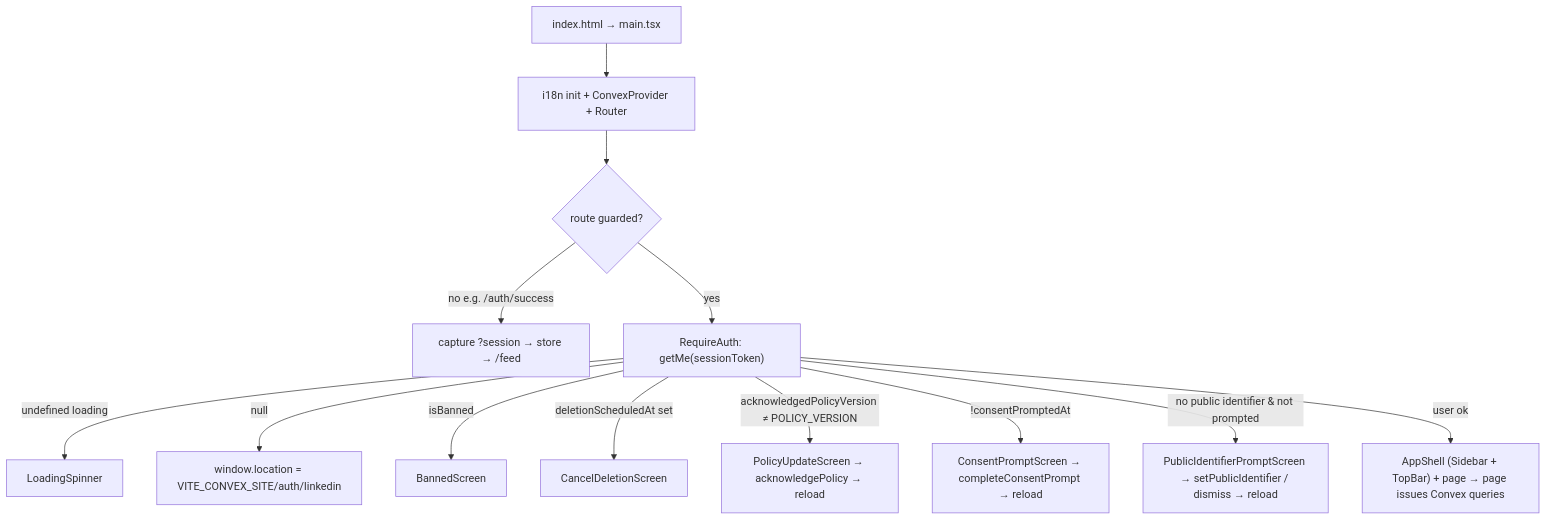
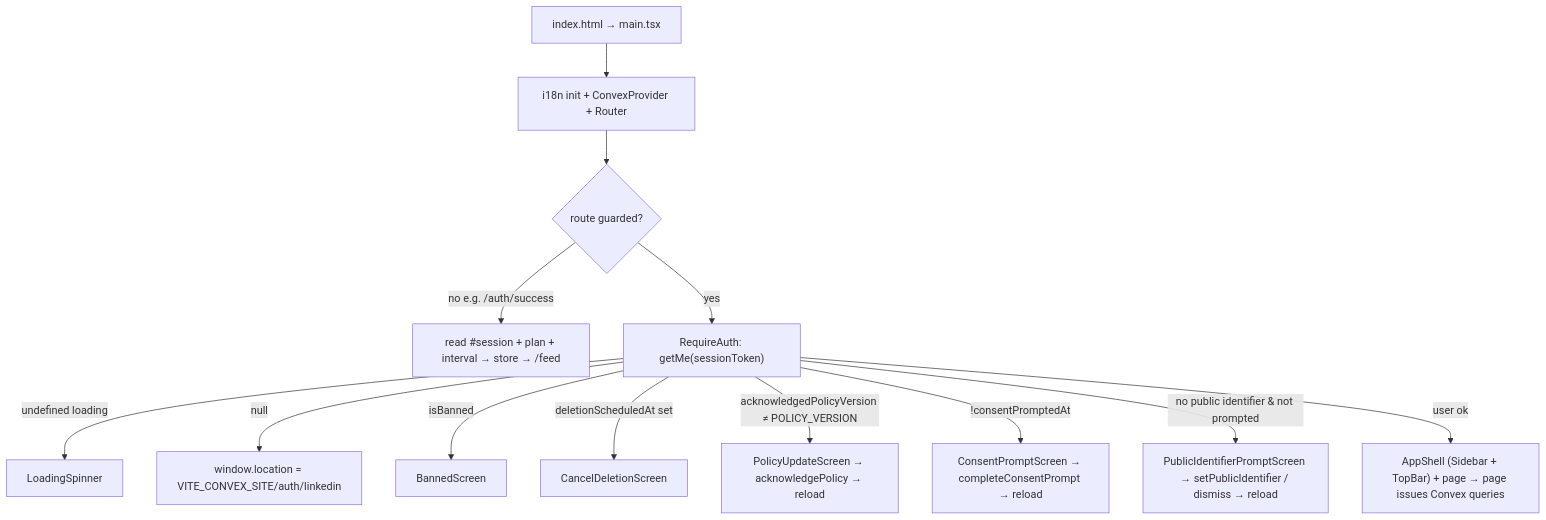
Before and after one commit to henriko202/glowing-octo-guide: diagram 19 of 19 in docs/PLATFORM.md, drawn with Mermaid. The commit also changed other lines of this file and 21 other files, not shown here.

````diff
--- a/docs/PLATFORM.md
+++ b/docs/PLATFORM.md
@@ -1849,15 +1861,15 @@
 ```mermaid
 flowchart TD
   L["index.html → main.tsx"] --> I["i18n init + ConvexProvider + Router"]
   I --> RT{"route guarded?"}
-  RT -->|no e.g. /auth/success| LAND["capture ?session → store → /feed"]
+  RT -->|no e.g. /auth/success| LAND["read #session + plan + interval → store → /feed"]
   RT -->|yes| RA["RequireAuth: getMe(sessionToken)"]
   RA -->|undefined loading| SP["LoadingSpinner"]
   RA -->|null| OAUTH["window.location = VITE_CONVEX_SITE/auth/linkedin"]
   RA -->|isBanned| BAN["BannedScreen"]
   RA -->|deletionScheduledAt set| CDEL["CancelDeletionScreen"]
   RA -->|"acknowledgedPolicyVersion ≠ POLICY_VERSION"| RECON["PolicyUpdateScreen → acknowledgePolicy → reload"]
   RA -->|"!consentPromptedAt"| CONSENT["ConsentPromptScreen → completeConsentPrompt → reload"]
   RA -->|"no public identifier & not prompted"| PID["PublicIdentifierPromptScreen → setPublicIdentifier / dismiss → reload"]
   RA -->|user ok| SHELL["AppShell (Sidebar + TopBar) + page → page issues Convex queries"]
 ```
````
